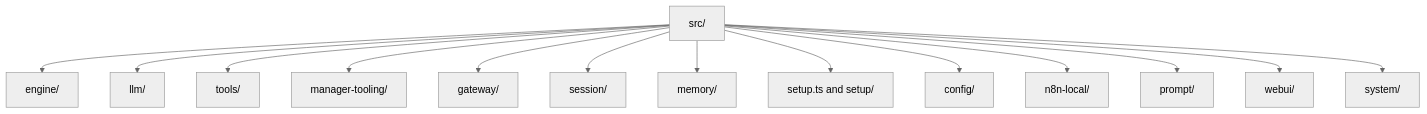
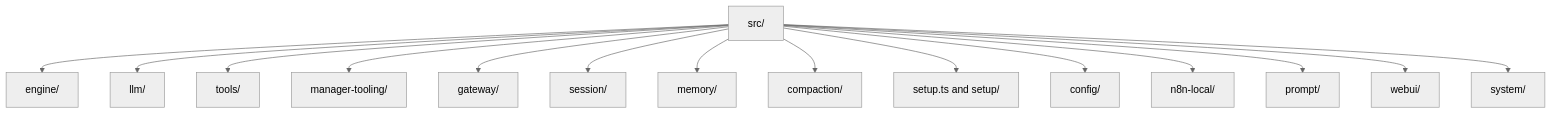
Before and after one commit to EtienneLescot/yagr: the diagram in architecture/current/module-map.md, drawn with Mermaid (neutral theme). The commit also changed other lines of this file and 9 other files, not shown here.

````diff
--- a/architecture/current/module-map.md
+++ b/architecture/current/module-map.md
@@ -7,17 +7,18 @@
 ```mermaid
 flowchart TD
     SRC[src/]
     SRC --> ENGINE[engine/]
     SRC --> LLM[llm/]
     SRC --> TOOLS[tools/]
     SRC --> MGR[manager-tooling/]
     SRC --> GATEWAY[gateway/]
     SRC --> SESSION[session/]
     SRC --> MEMORY[memory/]
+    SRC --> COMPACTION[compaction/]
     SRC --> SETUP[setup.ts and setup/]
     SRC --> CONFIG[config/]
     SRC --> N8NLOCAL[n8n-local/]
     SRC --> PROMPT[prompt/]
     SRC --> WEBUI[webui/]
     SRC --> SYSTEM[system/]
 ```
````
